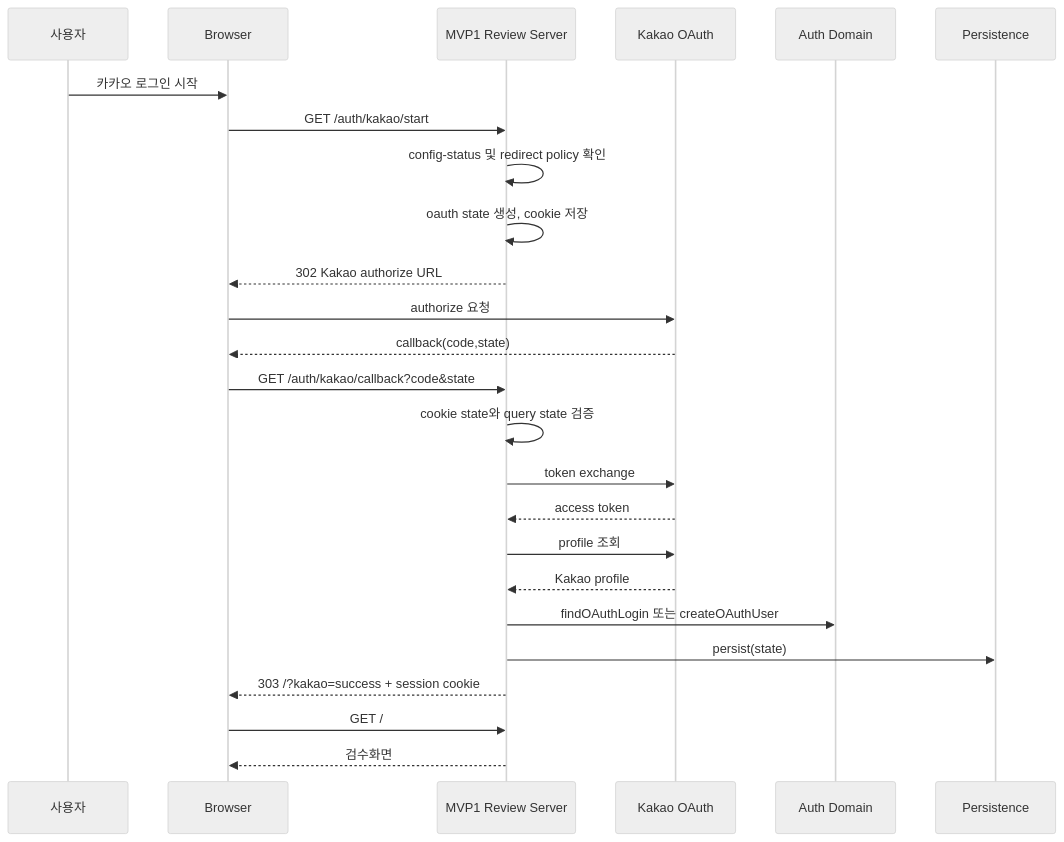
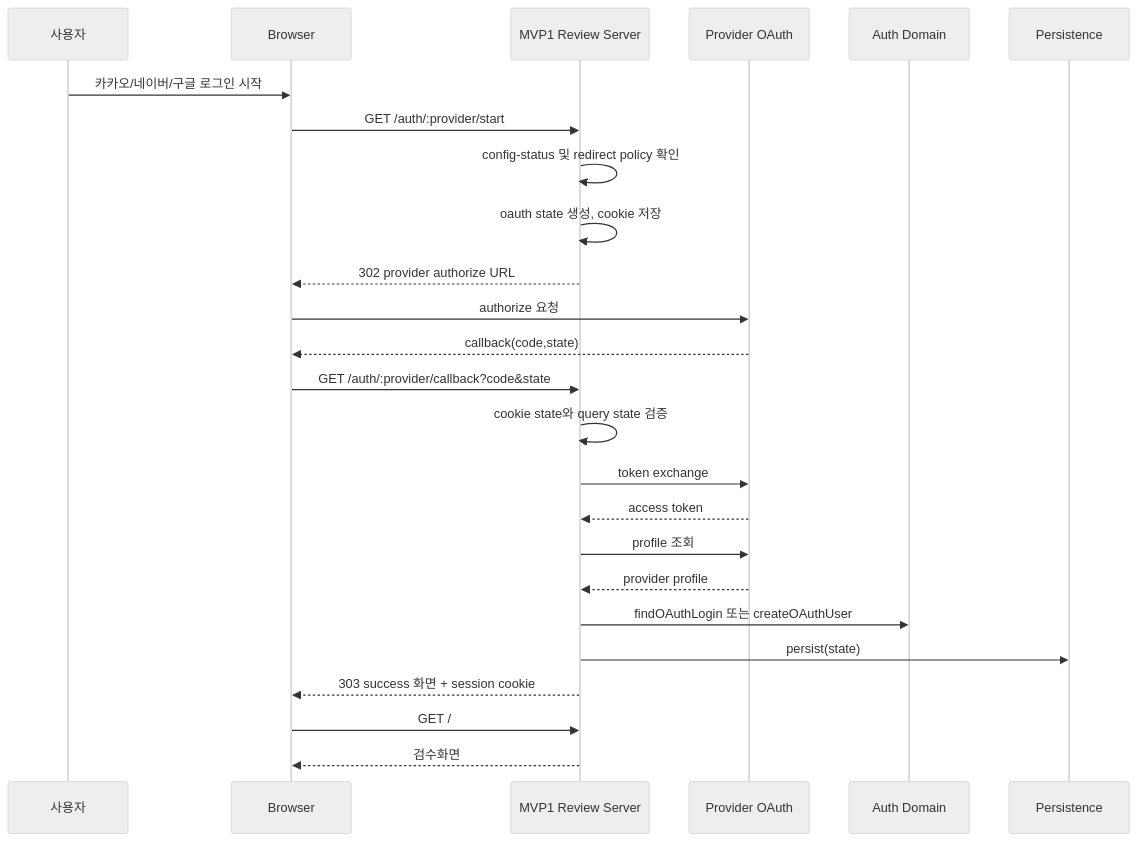
Before and after one commit to jkoogit/PDFowers: the third of 7 diagrams in docs/00_산출물/01_프로젝트산출물/mvp1중간점검/02_시퀀스다이어그램.md, drawn with Mermaid (neutral theme). The commit also changed other lines of this file and 19 other files, not shown here.

````diff
--- a/docs/00_산출물/01_프로젝트산출물/mvp1중간점검/02_시퀀스다이어그램.md
+++ b/docs/00_산출물/01_프로젝트산출물/mvp1중간점검/02_시퀀스다이어그램.md
@@ -33,28 +66,28 @@
 ```mermaid
 sequenceDiagram
     participant U as 사용자
     participant B as Browser
     participant S as MVP1 Review Server
-    participant K as Kakao OAuth
+    participant K as Provider OAuth
     participant D as Auth Domain
     participant P as Persistence
 
-    U->>B: 카카오 로그인 시작
-    B->>S: GET /auth/kakao/start
+    U->>B: 카카오/네이버/구글 로그인 시작
+    B->>S: GET /auth/:provider/start
     S->>S: config-status 및 redirect policy 확인
     S->>S: oauth state 생성, cookie 저장
-    S-->>B: 302 Kakao authorize URL
+    S-->>B: 302 provider authorize URL
     B->>K: authorize 요청
     K-->>B: callback(code,state)
-    B->>S: GET /auth/kakao/callback?code&state
+    B->>S: GET /auth/:provider/callback?code&state
     S->>S: cookie state와 query state 검증
     S->>K: token exchange
     K-->>S: access token
     S->>K: profile 조회
-    K-->>S: Kakao profile
+    K-->>S: provider profile
     S->>D: findOAuthLogin 또는 createOAuthUser
     S->>P: persist(state)
-    S-->>B: 303 /?kakao=success + session cookie
+    S-->>B: 303 success 화면 + session cookie
     B->>S: GET /
     S-->>B: 검수화면
 ```
````
